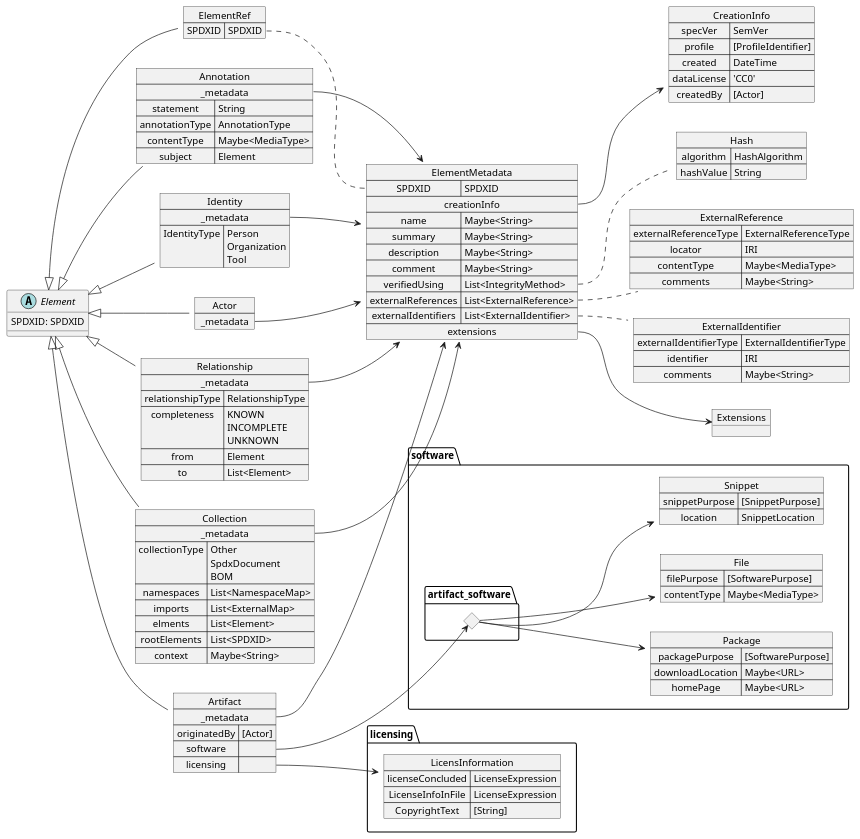
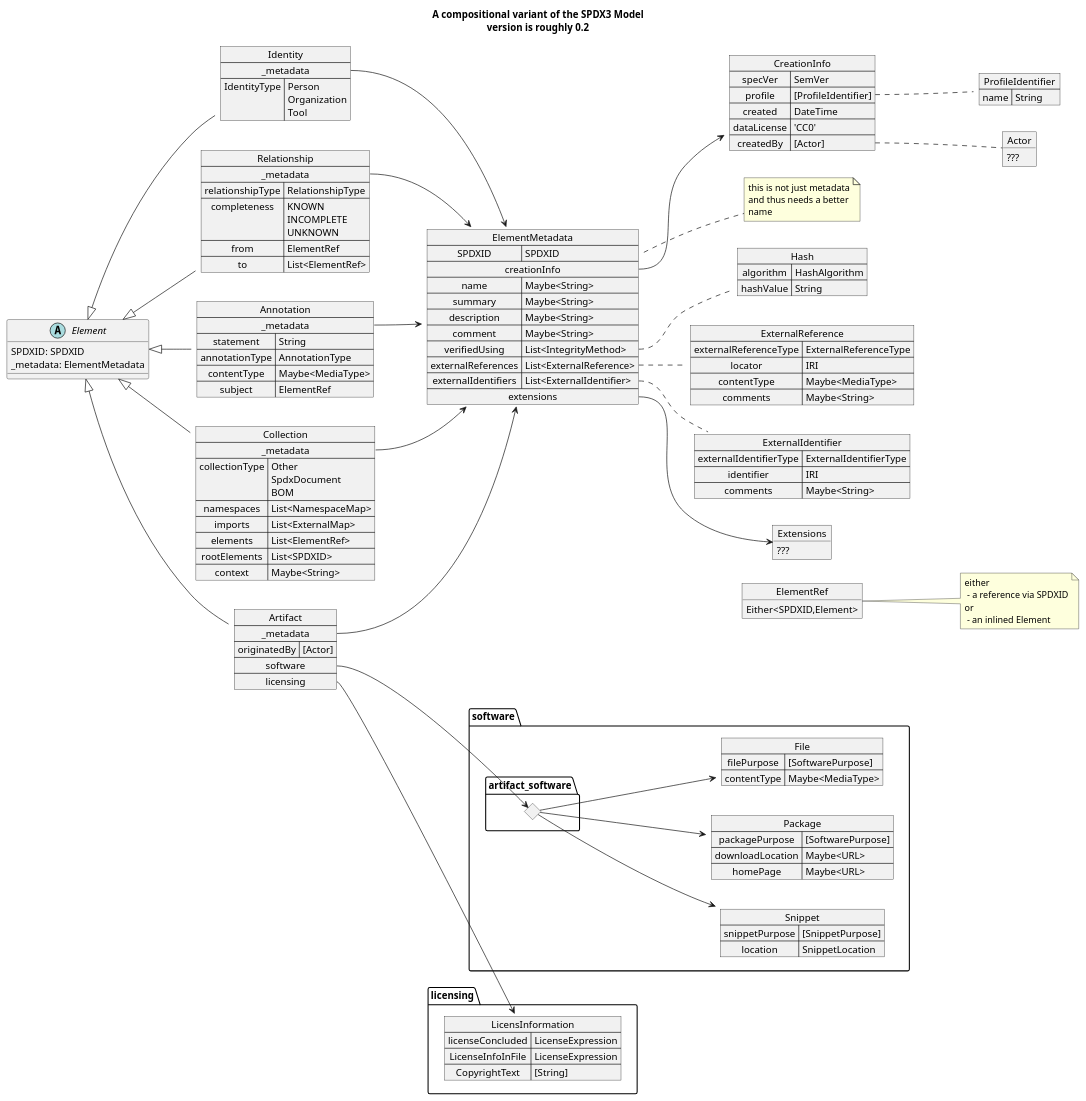
The diagram in model.puml (maxhbr/spdx-3-model.compositional), drawn with PlantUML before and after one commit. The commit also changed 18 other files, not shown here.

```diff
--- a/model.puml
+++ b/model.puml
@@ -1,8 +1,17 @@
 @startuml
 left to right direction
 
+title A compositional variant of the SPDX3 Model\nversion is roughly 0.2
+
 together {
 
+
+map ProfileIdentifier {
+    name => String
+}
+object Actor {
+    ???
+}
 map CreationInfo {
     specVer => SemVer
     profile => [ProfileIdentifier]
@@ -10,7 +19,12 @@
     dataLicense => 'CC0'
     createdBy => [Actor]
 }
-object Extensions
+CreationInfo::profile .. ProfileIdentifier
+CreationInfo::createdBy .. Actor
+
+object Extensions {
+    ???
+}
 map ElementMetadata {
     SPDXID => SPDXID
     creationInfo *--> CreationInfo
@@ -23,6 +37,11 @@
     externalIdentifiers => List<ExternalIdentifier>
     extensions *--> Extensions
 }
+note right
+this is not just metadata
+and thus needs a better
+name
+end note
 map ExternalReference {
     externalReferenceType => ExternalReferenceType
     locator => IRI
@@ -45,8 +64,6 @@
 map Artifact {
     _metadata *--> ElementMetadata
     originatedBy => [Actor]
-    software =>
-    licensing =>
 }
 
 map Collection {
@@ -54,7 +71,7 @@
     collectionType => Other\nSpdxDocument\nBOM
     namespaces => List<NamespaceMap>
     imports => List<ExternalMap>
-    elments => List<Element>
+    elements => List<ElementRef>
     rootElements => List<SPDXID>
     context => Maybe<String>
 }
@@ -64,12 +81,8 @@
     _metadata *--> ElementMetadata
     relationshipType => RelationshipType
     completeness => KNOWN\nINCOMPLETE\nUNKNOWN
-    from => Element
-    to => List<Element>
-}
-
-map Actor {
-    _metadata *--> ElementMetadata
+    from => ElementRef
+    to => List<ElementRef>
 }
 
 map Identity {
@@ -82,7 +95,33 @@
     statement => String
     annotationType => AnnotationType
     contentType => Maybe<MediaType>
-    subject => Element
+    subject => ElementRef
+}
+
+
+abstract Element {
+  SPDXID: SPDXID
+  _metadata: ElementMetadata
+  ' {method} toElementRef: Element
+}
+Element <|-- Identity
+Element <|-- Relationship
+Element <|-- Collection
+Element <|-- Artifact
+Element <|-- Annotation
+
+
+object ElementRef {
+    Either<SPDXID,Element>
+}
+note right
+either
+ - a reference via SPDXID
+or
+ - an inlined Element
+end note
+Collection::elements .[hidden].. ElementRef
+
 }
 
 package software {
@@ -103,6 +142,7 @@
     artifact_software.dia --> Package
     artifact_software.dia --> File
     artifact_software.dia --> Snippet
+    Artifact : software *--> artifact_software.dia
     Artifact::software --> artifact_software.dia
 }
 
@@ -112,32 +152,13 @@
         LicenseInfoInFile => LicenseExpression
         CopyrightText => [String]
     }
+    Artifact : licensing *--> licensing.LicensInformation
     Artifact::licensing --> LicensInformation
 }
 
 
 
 
-map ElementRef {
-    SPDXID => SPDXID
-}
-ElementRef::SPDXID .. ElementMetadata::SPDXID
-
-
-
-abstract Element {
-  SPDXID: SPDXID
-  ' {method} toElementRef: Element
-}
-Element <|-- ElementRef
-Element <|-- Identity
-Element <|-- Actor
-Element <|-- Relationship
-Element <|-- Collection
-Element <|-- Artifact
-Element <|-- Annotation
-
-}
 
 ' enum RelationshipType {
 ' DESCRIBES
```
